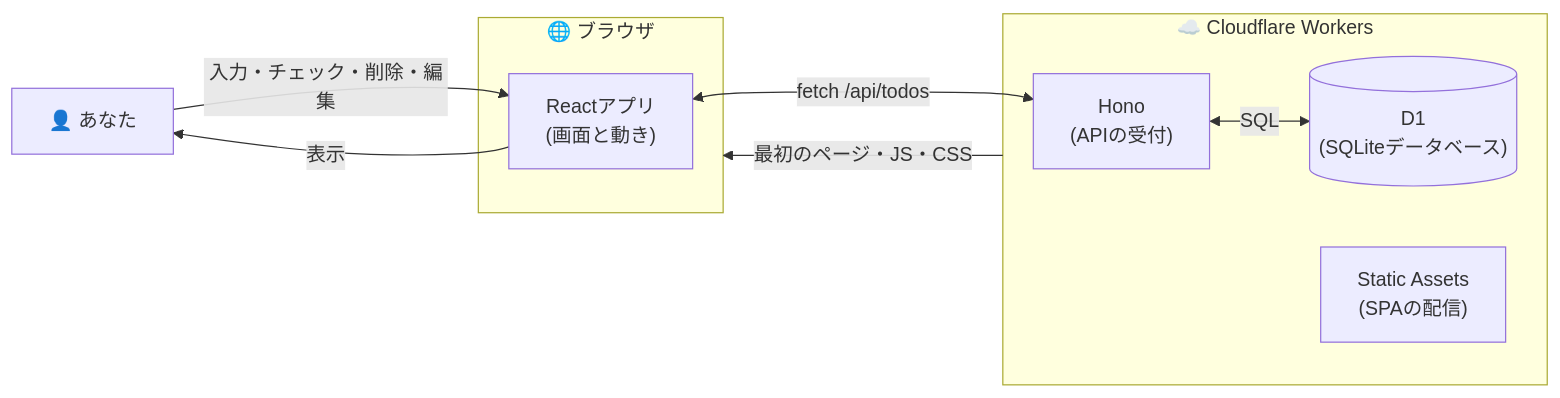
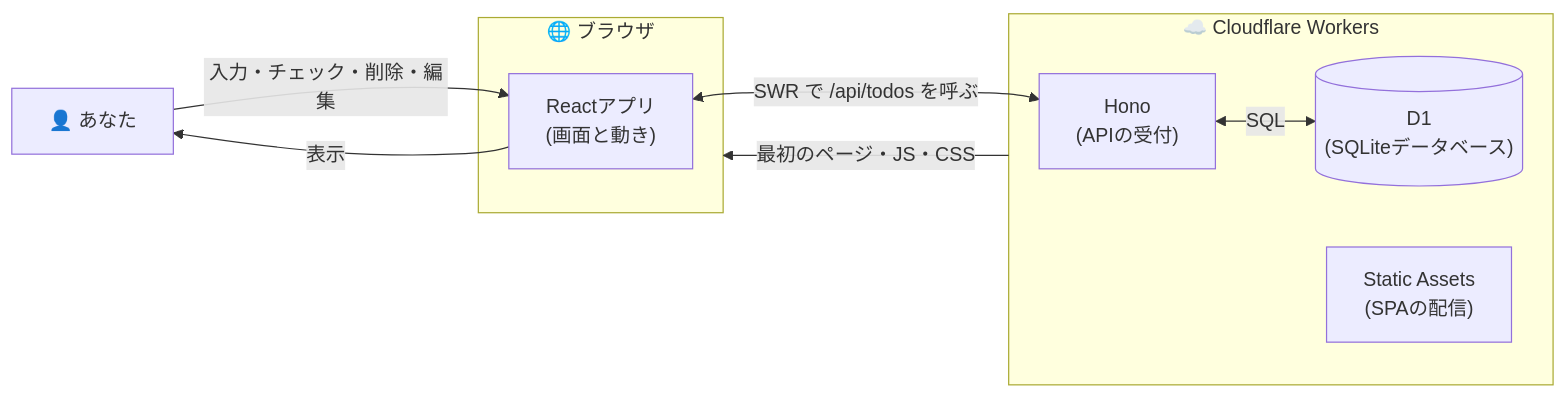
The first of 2 diagrams in docs/06-backend-architecture.md (skomine-gb/todo-app), drawn with Mermaid before and after one commit. The commit also changed other lines of this file and 3 other files, not shown here.

````diff
--- a/docs/06-backend-architecture.md
+++ b/docs/06-backend-architecture.md
@@ -39,16 +41,16 @@
 ```mermaid
 flowchart LR
     User["👤 あなた"] -->|"入力・チェック・削除・編集"| React
     subgraph Browser["🌐 ブラウザ"]
         React["Reactアプリ<br/>(画面と動き)"]
     end
     subgraph CF["☁️ Cloudflare Workers"]
         Hono["Hono<br/>(APIの受付)"]
         D1[("D1<br/>(SQLiteデータベース)")]
         Assets["Static Assets<br/>(SPAの配信)"]
         Hono <-->|"SQL"| D1
     end
-    React <-->|"fetch /api/todos"| Hono
+    React <-->|"SWR で /api/todos を呼ぶ"| Hono
     CF -->|"最初のページ・JS・CSS"| Browser
     React -->|"表示"| User
 ```
````
